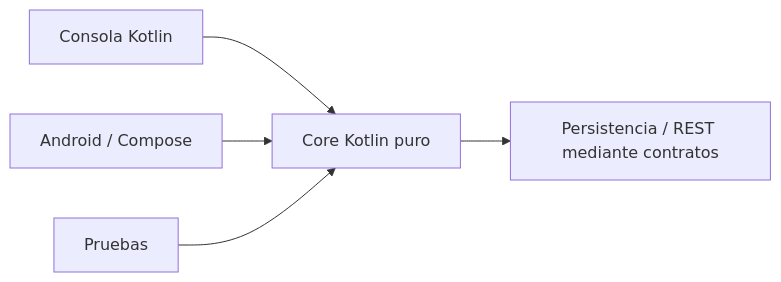
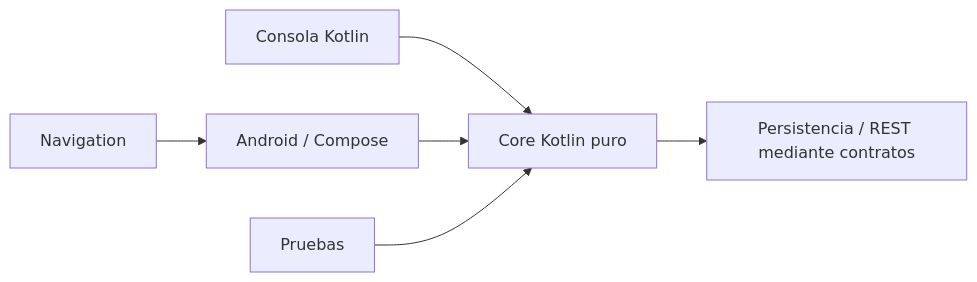
Before and after one commit to cmartinezs/DSY1105-DESARROLLO-APLICACIONES-MOVILES-2026-2: the diagram in README.md, drawn with Mermaid. The commit also changed other lines of this file and 30 other files, not shown here.

````diff
--- a/README.md
+++ b/README.md
@@ -20,7 +20,8 @@
 ```mermaid
 flowchart LR
     CONSOLE[Consola Kotlin] --> CORE[Core Kotlin puro]
     ANDROID[Android / Compose] --> CORE
+    NAV[Navigation] --> ANDROID
     TESTS[Pruebas] --> CORE
     CORE --> DATA[Persistencia / REST mediante contratos]
 ```
````
